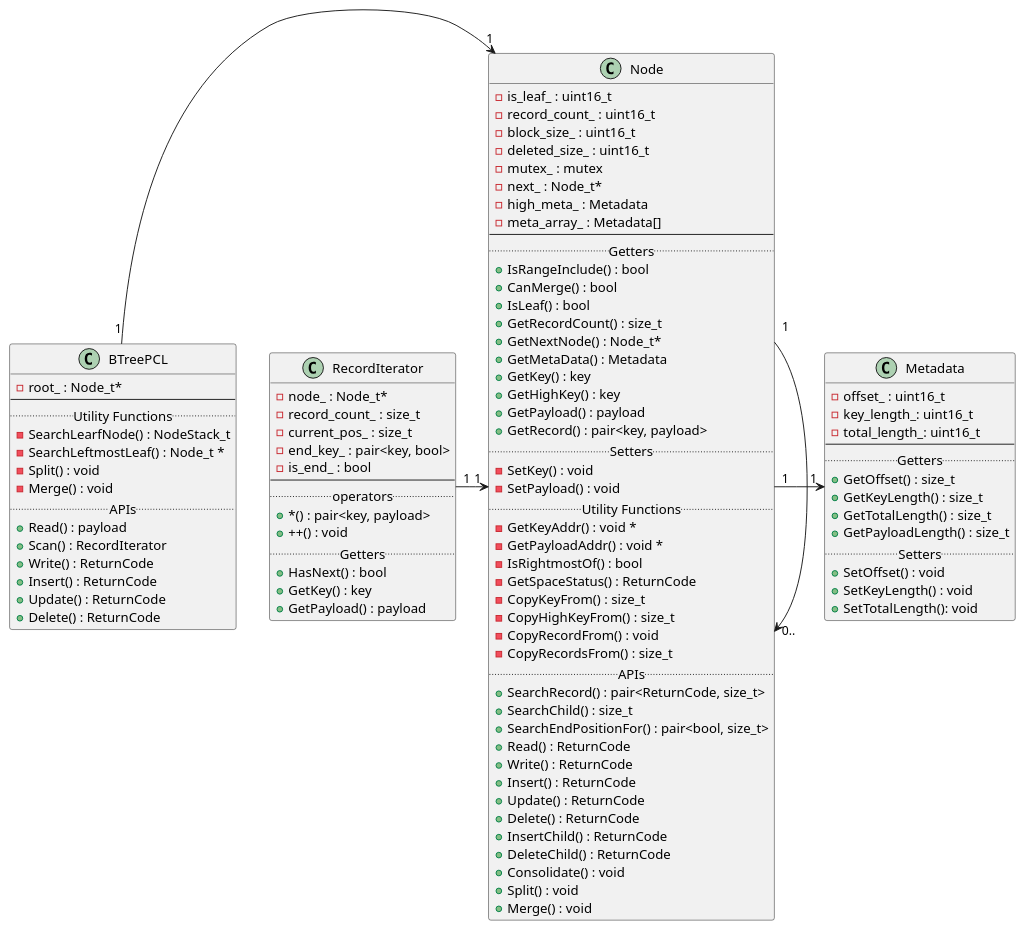
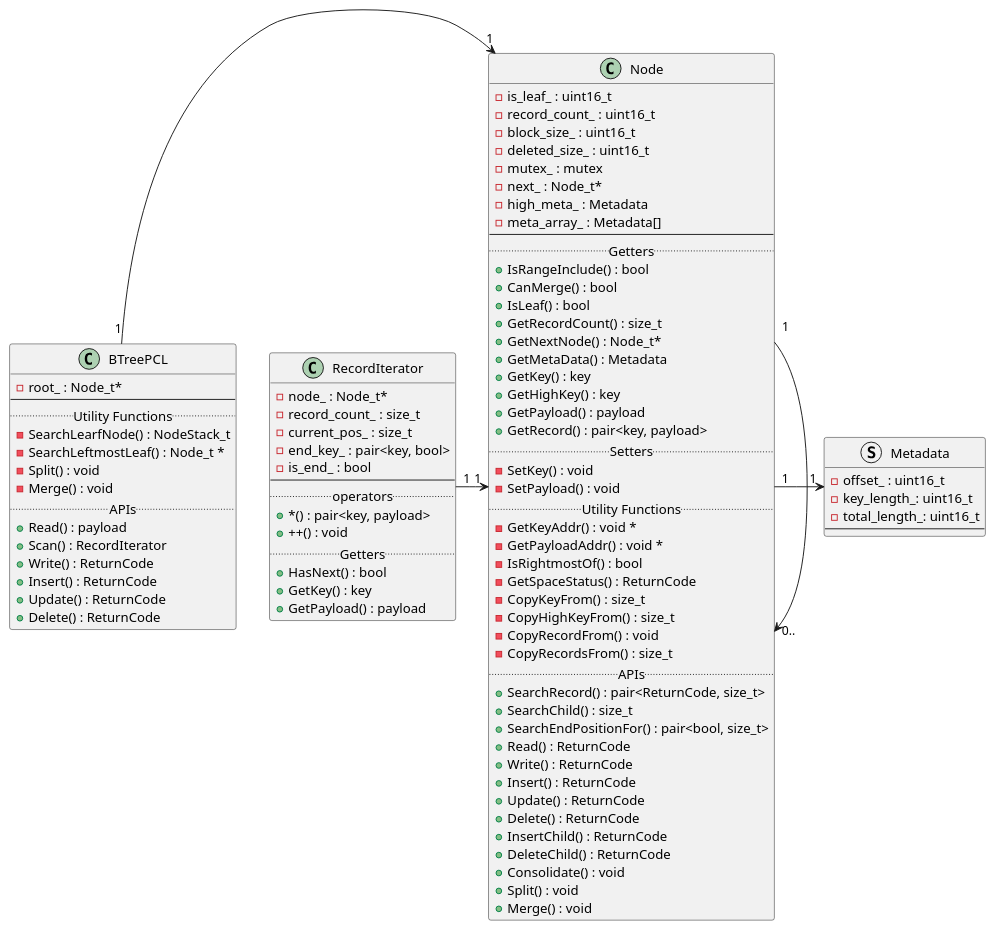
The diagram in design_doc/figures/src/b_tree_pcl_class.wsd (dbgroup-nagoya-u/b-tree), drawn with PlantUML before and after one commit. The commit also changed 1 other file, not shown here.

Commit message:
modify Metadata type to struct

```diff
--- a/design_doc/figures/src/b_tree_pcl_class.wsd
+++ b/design_doc/figures/src/b_tree_pcl_class.wsd
@@ -1,106 +1,97 @@
 @startuml
 
 class BTreePCL{
   -root_ : Node_t*
 --
 .. Utility Functions ..
   -SearchLearfNode() : NodeStack_t
   -SearchLeftmostLeaf() : Node_t *
   -Split() : void
   -Merge() : void
 .. APIs ..
   +Read() : payload
   +Scan() : RecordIterator
   +Write() : ReturnCode
   +Insert() : ReturnCode
   +Update() : ReturnCode
   +Delete() : ReturnCode
 }
 
 class Node{
   -is_leaf_ : uint16_t
   -record_count_ : uint16_t
   -block_size_ : uint16_t
   -deleted_size_ : uint16_t
   -mutex_ : mutex
   -next_ : Node_t*
   -high_meta_ : Metadata
   -meta_array_ : Metadata[]
 --
 .. Getters ..
   +IsRangeInclude() : bool
   +CanMerge() : bool
   +IsLeaf() : bool
   +GetRecordCount() : size_t
   +GetNextNode() : Node_t*
   +GetMetaData() : Metadata
   +GetKey() : key
   +GetHighKey() : key
   +GetPayload() : payload
   +GetRecord() : pair<key, payload>
 .. Setters ..
   -SetKey() : void
   -SetPayload() : void
 .. Utility Functions ..
   -GetKeyAddr() : void *
   -GetPayloadAddr() : void *
   -IsRightmostOf() : bool
   -GetSpaceStatus() : ReturnCode
   -CopyKeyFrom() : size_t
   -CopyHighKeyFrom() : size_t
   -CopyRecordFrom() : void
   -CopyRecordsFrom() : size_t
 .. APIs ..
   +SearchRecord() : pair<ReturnCode, size_t>
   +SearchChild() : size_t
   +SearchEndPositionFor() : pair<bool, size_t>
   +Read() : ReturnCode
   +Write() : ReturnCode
   +Insert() : ReturnCode
   +Update() : ReturnCode
   +Delete() : ReturnCode
   +InsertChild() : ReturnCode
   +DeleteChild() : ReturnCode
   +Consolidate() : void
   +Split() : void
   +Merge() : void
 }
 
-class Metadata{
+struct Metadata{
   -offset_ : uint16_t
   -key_length_: uint16_t
   -total_length_: uint16_t
 --
-.. Getters ..
-  +GetOffset() : size_t
-  +GetKeyLength() : size_t
-  +GetTotalLength() : size_t
-  +GetPayloadLength() : size_t
-.. Setters ..
-  +SetOffset() : void
-  +SetKeyLength() : void
-  +SetTotalLength(): void
 }
 
 class RecordIterator{
   -node_ : Node_t*
   -record_count_ : size_t
   -current_pos_ : size_t
   -end_key_ : pair<key, bool>
   -is_end_ : bool
 --
 .. operators ..
   + *() : pair<key, payload>
   + ++() : void
 .. Getters ..
   +HasNext() : bool
   +GetKey() : key
   +GetPayload() : payload
 }
 
 BTreePCL "1" -> "1" Node
 Node "1" -> "1" Metadata
 Node "1" -> "0.." Node
 RecordIterator "1" -> "1" Node
 
 @enduml
```
